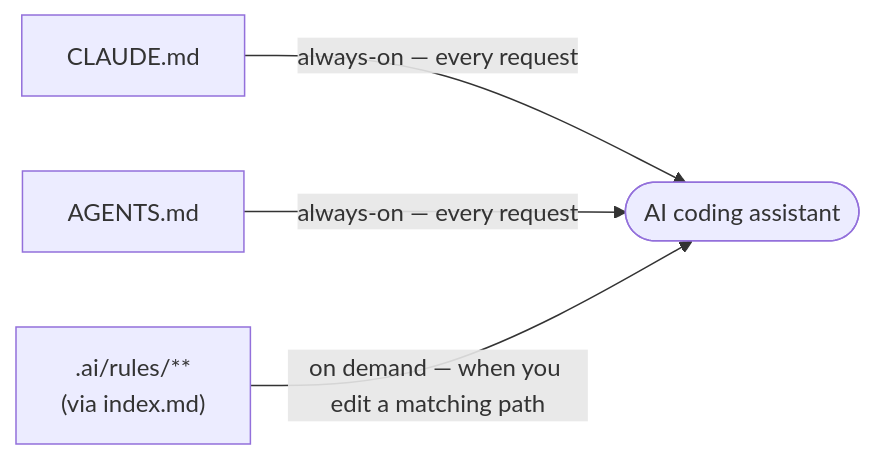
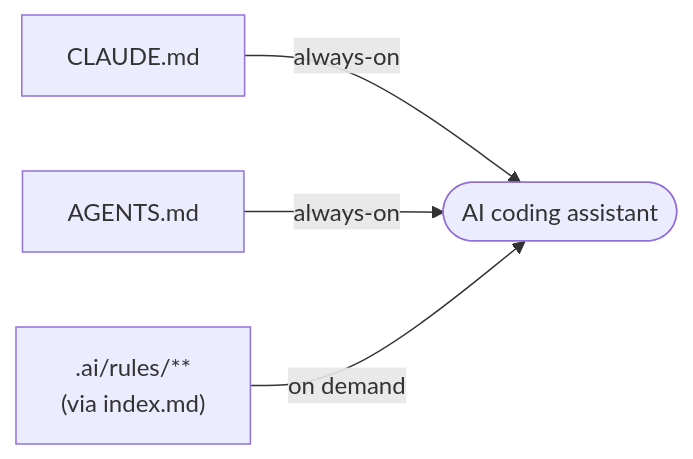
The second of 2 diagrams in .ai/README.md (uberbrady/snipe-it), drawn with Mermaid before and after one commit. The commit also changed other lines of this file, not shown here.

Commit message:
Improve diagrams

````diff
--- a/.ai/README.md
+++ b/.ai/README.md
@@ -61,12 +61,12 @@
 ```mermaid
 flowchart LR
     CLAUDE["CLAUDE.md"]
     AGENTS["AGENTS.md"]
     RULES[".ai/rules/**<br/>(via index.md)"]
 
     AI(["AI coding assistant"])
 
-    CLAUDE -->|"always-on — every request"| AI
-    AGENTS -->|"always-on — every request"| AI
-    RULES -->|"on demand — when you edit a matching path"| AI
+    CLAUDE -->|always-on| AI
+    AGENTS -->|always-on| AI
+    RULES -->|on demand| AI
 ```
````
